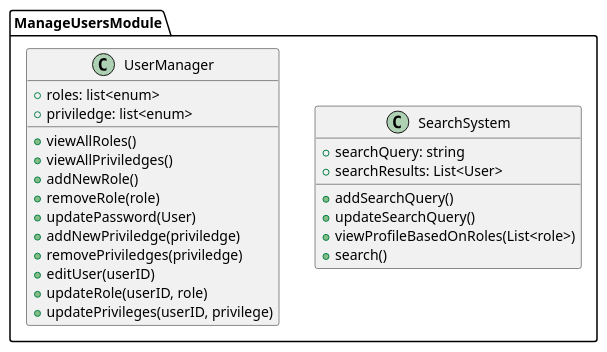
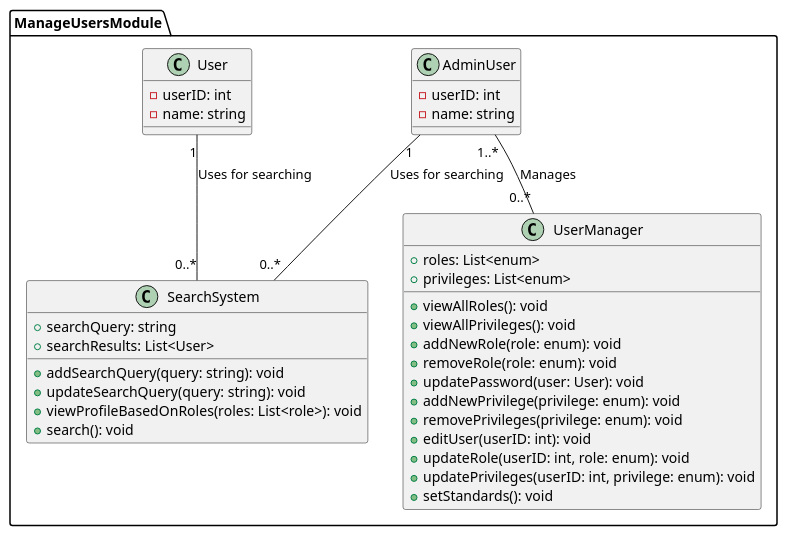
The diagram in manage_users.plantuml (anshium/DASS-Assignment-3-IMS-System-Design), drawn with PlantUML before and after one commit.

```diff
--- a/manage_users.plantuml
+++ b/manage_users.plantuml
@@ -1,32 +1,43 @@
-@startuml manage_users
+@startuml
+package ManageUsersModule {
+    class AdminUser {
+        - userID: int
+        - name: string
+    }
+    class User {
+        - userID: int
+        - name: string
+    }
 
-package ManageUsersModule {
-	class SearchSystem {
-		+ searchQuery: string
-		+ searchResults: List<User>
+    class SearchSystem {
+        + searchQuery: string
+        + searchResults: List<User>
 
-		+ addSearchQuery()
-		+ updateSearchQuery()
-		+ viewProfileBasedOnRoles(List<role>)
-		+ search()
-	}
+        + addSearchQuery(query: string): void
+        + updateSearchQuery(query: string): void
+        + viewProfileBasedOnRoles(roles: List<role>): void
+        + search(): void
+    }
 
-	class UserManager {
-		+ roles: list<enum>
-		+ priviledge: list<enum>
-		
-		+ viewAllRoles()
-		+ viewAllPriviledges()
-		+ addNewRole()
-		+ removeRole(role)
-		+ updatePassword(User)
-		+ addNewPriviledge(priviledge)
-		+ removePriviledges(priviledge)
-		+ editUser(userID)
-		+ updateRole(userID, role)
-		+ updatePrivileges(userID, privilege)
-		'Set Standards'
+    class UserManager {
+        + roles: List<enum>
+        + privileges: List<enum>
+        
+        + viewAllRoles(): void
+        + viewAllPrivileges(): void
+        + addNewRole(role: enum): void
+        + removeRole(role: enum): void
+        + updatePassword(user: User): void
+        + addNewPrivilege(privilege: enum): void
+        + removePrivileges(privilege: enum): void
+        + editUser(userID: int): void
+        + updateRole(userID: int, role: enum): void
+        + updatePrivileges(userID: int, privilege: enum): void
+        + setStandards(): void
+    }
 
-	}
+    User "1" -- "0..*" SearchSystem : "Uses for searching"
+    AdminUser "1" -- "0..*" SearchSystem : "Uses for searching"
+    AdminUser "1..*" -- "0..*" UserManager : "Manages"
 }
 @enduml
```
